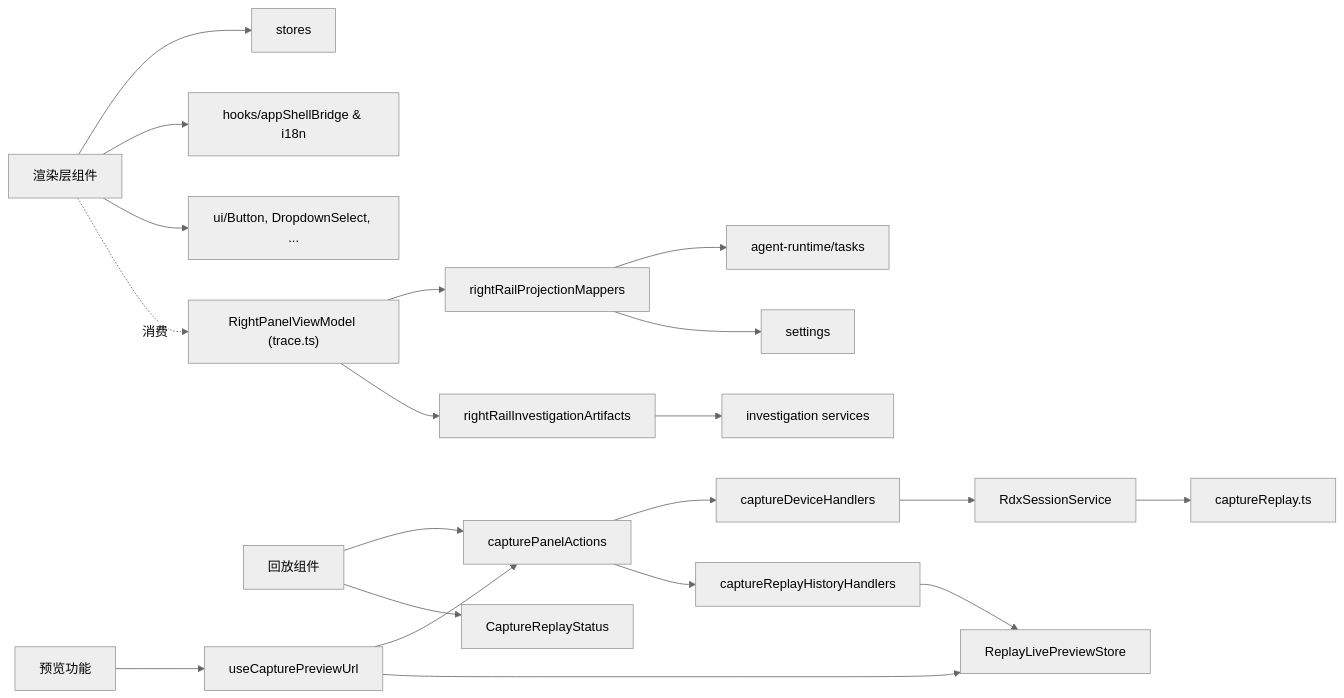
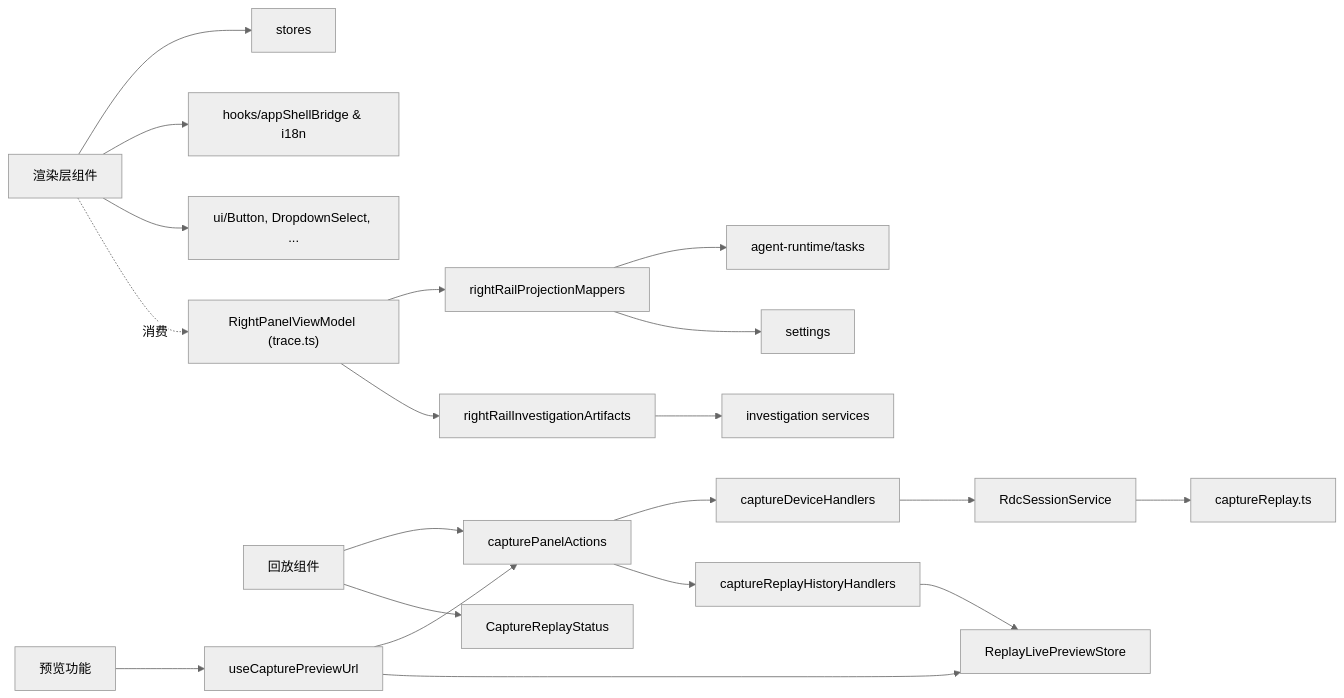
Before and after one commit to haolange/RDC-Agent: diagram 16 of 16 in .qoder/repowiki/zh/content/用户界面/右侧面板.md, drawn with Mermaid (neutral theme). The commit also changed other lines of this file and 557 other files, not shown here.

````diff
--- a/.qoder/repowiki/zh/content/用户界面/右侧面板.md
+++ b/.qoder/repowiki/zh/content/用户界面/右侧面板.md
@@ -651,22 +651,22 @@
 ```mermaid
 graph LR
 UI["渲染层组件"] --> Stores["stores"]
 UI --> Hooks["hooks/appShellBridge & i18n"]
 UI --> UIComp["ui/Button, DropdownSelect, ..."]
 UI -.消费.-> Model["RightPanelViewModel (trace.ts)"]
 Model --> Mappers["rightRailProjectionMappers"]
 Model --> Artifacts["rightRailInvestigationArtifacts"]
 Mappers --> Runtime["agent-runtime/tasks"]
 Mappers --> Settings["settings"]
 Artifacts --> Inv["investigation services"]
 Replay["回放组件"] --> Actions["capturePanelActions"]
 Replay --> Status["CaptureReplayStatus"]
 Actions --> Handlers["captureDeviceHandlers"]
-Handlers --> Service["RdxSessionService"]
+Handlers --> Service["RdcSessionService"]
 Service --> Types["captureReplay.ts"]
 Preview["预览功能"] --> Hook["useCapturePreviewUrl"]
 Hook --> Actions
 Hook --> Store["ReplayLivePreviewStore"]
 Actions --> HistoryHandlers["captureReplayHistoryHandlers"]
 HistoryHandlers --> Store
 ```
````
